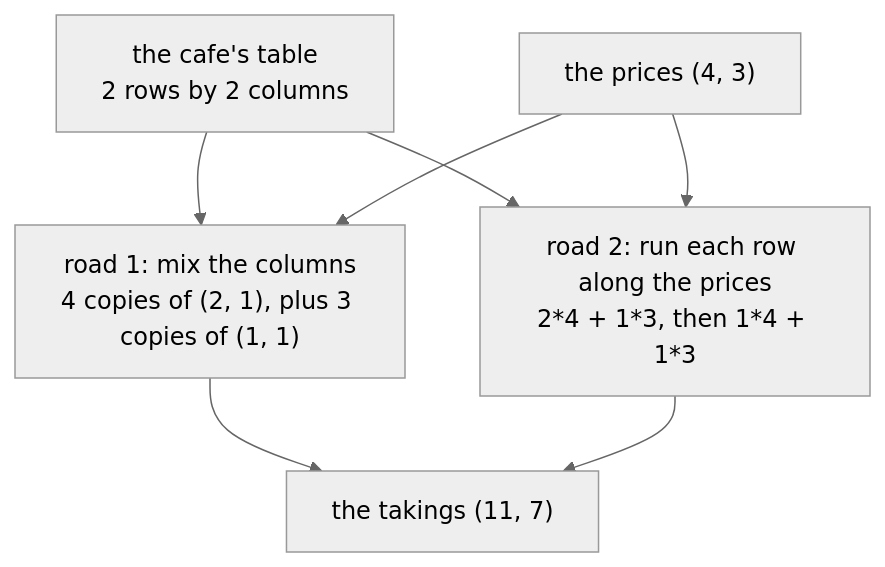
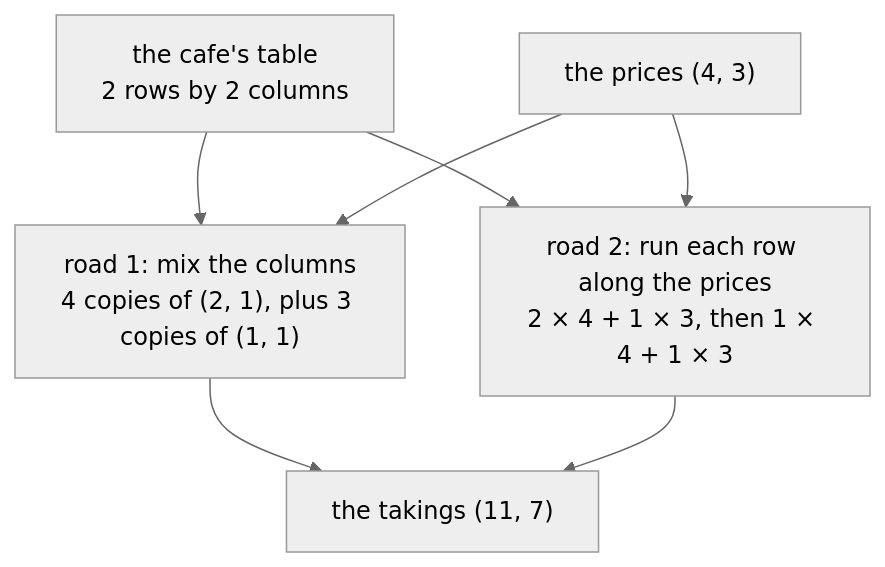
One commit to wappy-x/Mathematics changed the diagram in Cards/03-Algebra/04-Matrices/02-matrix-times-vector.md. Above: the diagram before and after it, drawn with Mermaid (neutral theme). The commit also changed other lines of this file and 9 other files, not shown here.

````diff
--- a/Cards/03-Algebra/04-Matrices/02-matrix-times-vector.md
+++ b/Cards/03-Algebra/04-Matrices/02-matrix-times-vector.md
@@ -23,10 +23,10 @@
 ```mermaid
 flowchart TD
     T["the cafe's table<br/>2 rows by 2 columns"] --> C
     T --> R
     P["the prices (4, 3)"] --> C
     P --> R
     C["road 1: mix the columns<br/>4 copies of (2, 1), plus 3 copies of (1, 1)"] --> ANS
-    R["road 2: run each row along the prices<br/>2*4 + 1*3, then 1*4 + 1*3"] --> ANS
+    R["road 2: run each row along the prices<br/>2 × 4 + 1 × 3, then 1 × 4 + 1 × 3"] --> ANS
     ANS["the takings (11, 7)"]
 ```
````
